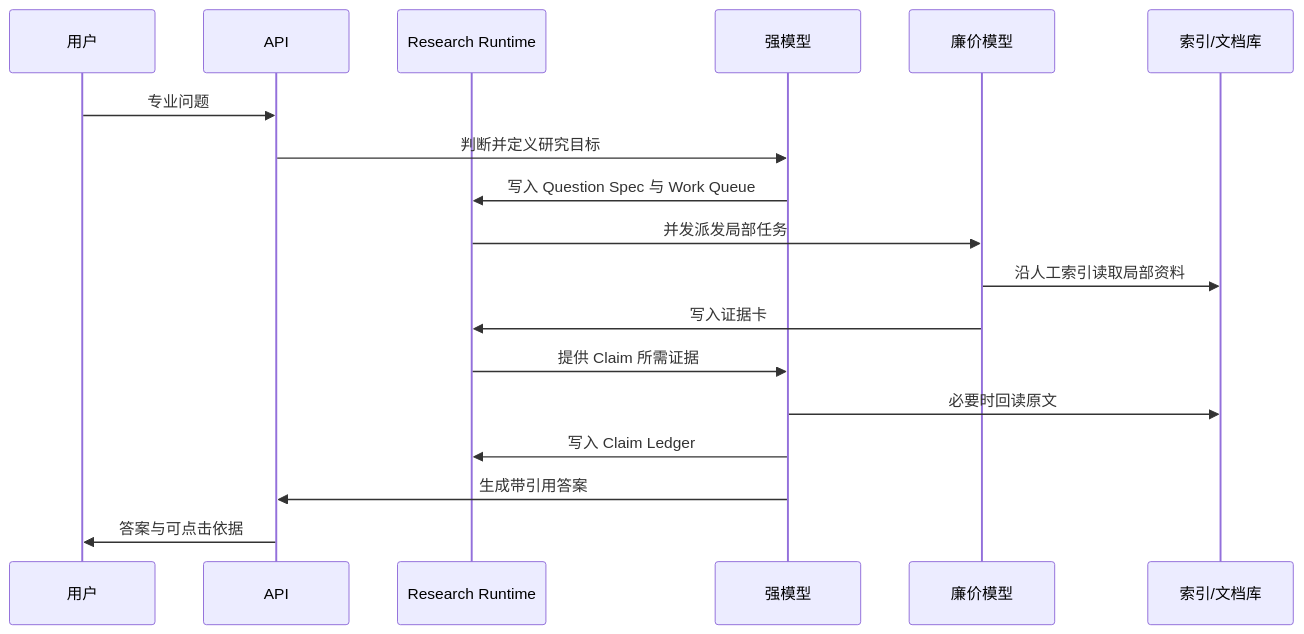
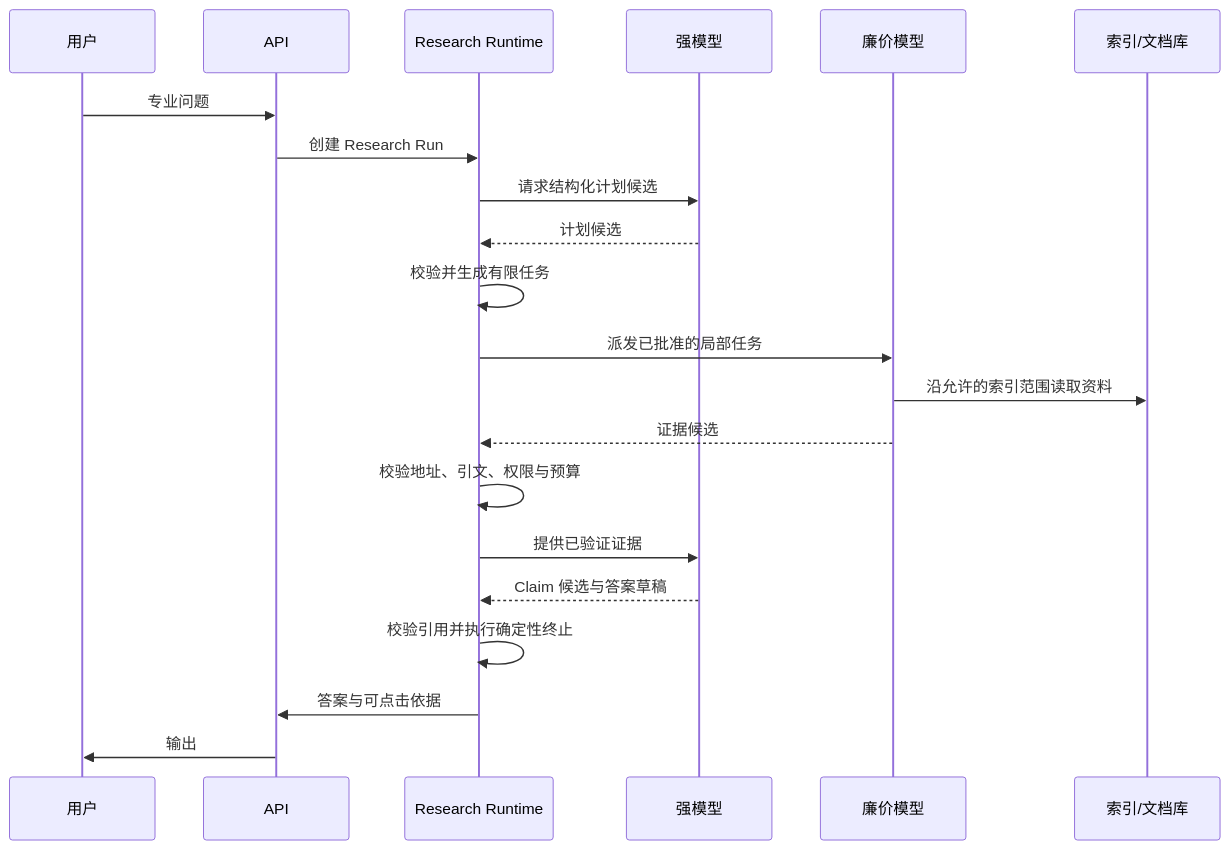
The second of 2 diagrams in docs/architecture.md (SuperCatQR/traceable-research-runtime), drawn with Mermaid before and after one commit. The commit also changed other lines of this file and 1 other file, not shown here.

````diff
--- a/docs/architecture.md
+++ b/docs/architecture.md
@@ -188,21 +179,24 @@
 ```mermaid
 sequenceDiagram
     participant U as 用户
     participant A as API
     participant R as Research Runtime
     participant S as 强模型
     participant C as 廉价模型
     participant K as 索引/文档库
 
     U->>A: 专业问题
-    A->>S: 判断并定义研究目标
-    S->>R: 写入 Question Spec 与 Work Queue
-    R->>C: 并发派发局部任务
-    C->>K: 沿人工索引读取局部资料
-    C->>R: 写入证据卡
-    R->>S: 提供 Claim 所需证据
-    S->>K: 必要时回读原文
-    S->>R: 写入 Claim Ledger
-    S->>A: 生成带引用答案
-    A->>U: 答案与可点击依据
+    A->>R: 创建 Research Run
+    R->>S: 请求结构化计划候选
+    S-->>R: 计划候选
+    R->>R: 校验并生成有限任务
+    R->>C: 派发已批准的局部任务
+    C->>K: 沿允许的索引范围读取资料
+    C-->>R: 证据候选
+    R->>R: 校验地址、引文、权限与预算
+    R->>S: 提供已验证证据
+    S-->>R: Claim 候选与答案草稿
+    R->>R: 校验引用并执行确定性终止
+    R->>A: 答案与可点击依据
+    A->>U: 输出
 ```
````
